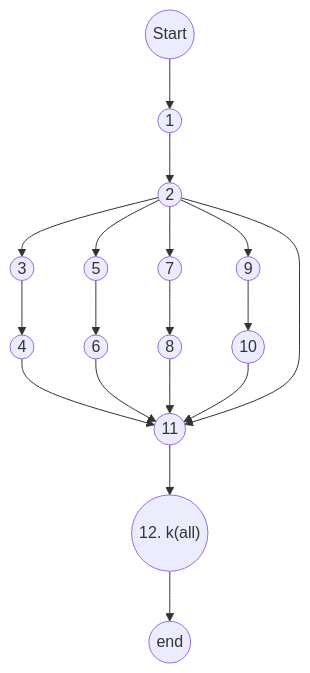
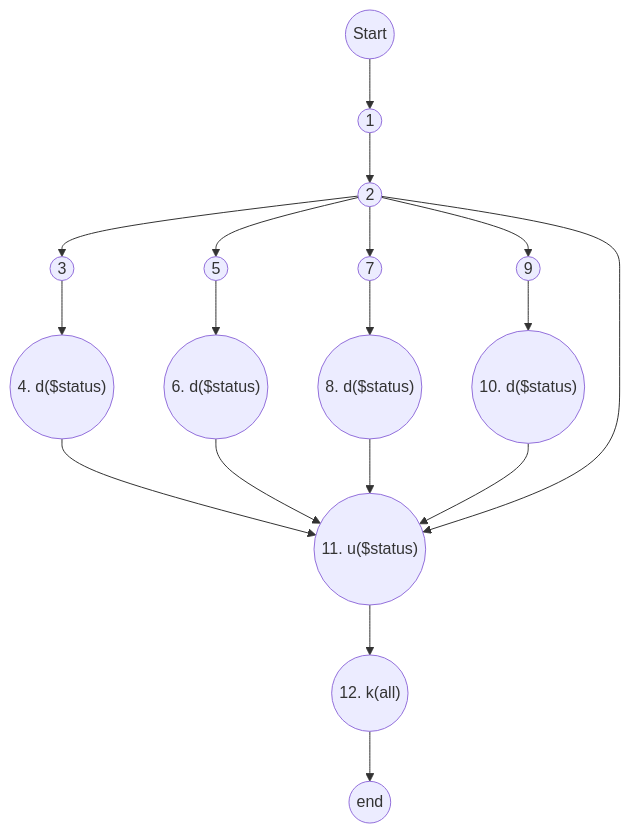
The third of 4 diagrams in _posts/2023-11-30-KTPM.md (tienminhvy/ghnotes), drawn with Mermaid before and after one commit. The commit also changed other lines of this file, not shown here.

````diff
--- a/_posts/2023-11-30-KTPM.md
+++ b/_posts/2023-11-30-KTPM.md
@@ -180,15 +187,15 @@
 ```mermaid
 flowchart TD
 idstart((Start)) 
 --> id1(("1"))
 --> id2(("2"))
 --> id3((3)) & id5((5)) & id7((7)) & id9((9)) 
 id3 -->id4(4)
 id5-->id6((6))
 id7-->id8((8))
-id9-->id10((10))
-id4((4)) & id6((6))  & id8((8)) & id10  & id2
--->id13((11))
+id9-->id10(("10. d($status)"))
+id4(("4. d($status)")) & id6(("6. d($status)"))  & id8(("8. d($status)")) & id10  & id2
+-->id13(("11. u($status)"))
 -->id100(("12. k(all)"))
 -->idend((end))
 ```  
````
